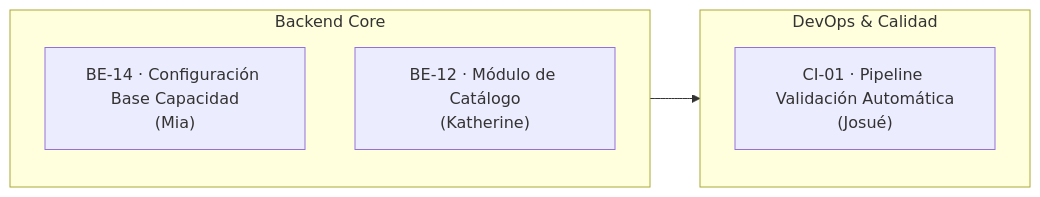
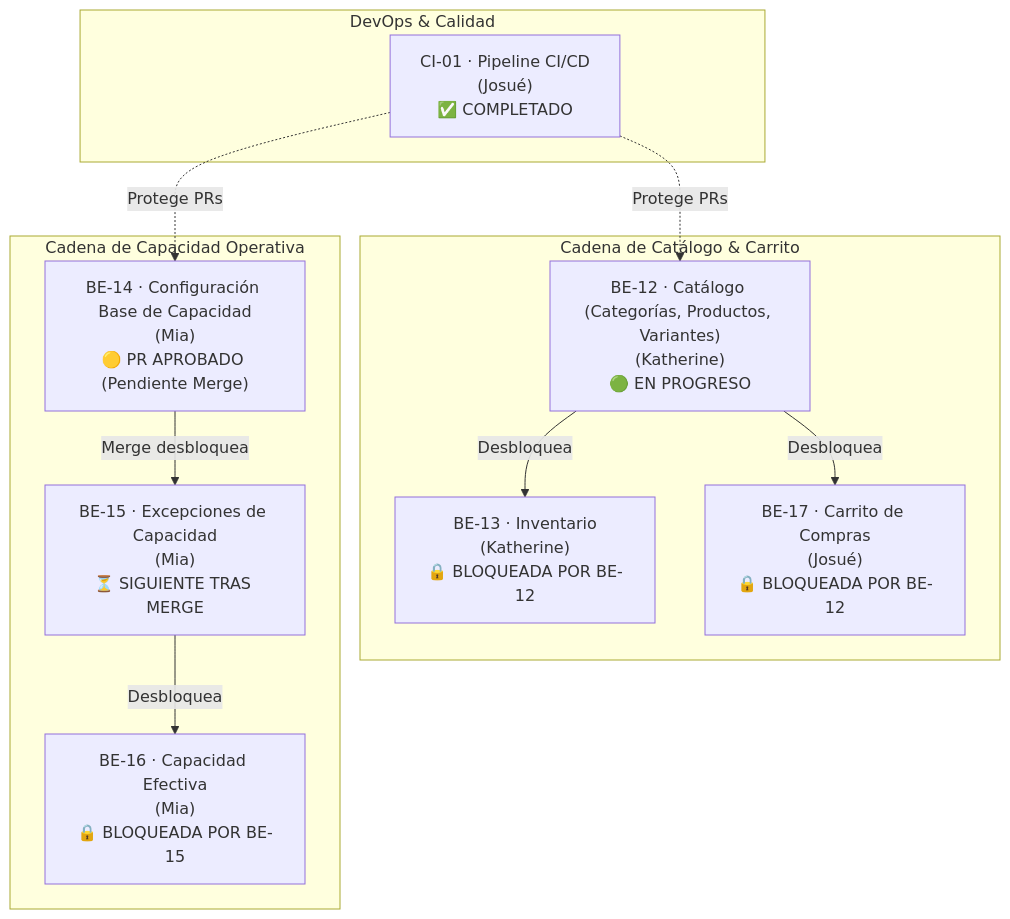
Before and after one commit to iJosueeh/jaldishop: the first of 2 diagrams in docs/06-scrum/sprint-03.md, drawn with Mermaid. The commit also changed other lines of this file and 1 other file, not shown here.

````diff
--- a/docs/06-scrum/sprint-03.md
+++ b/docs/06-scrum/sprint-03.md
@@ -27,13 +27,25 @@
 ```mermaid
-flowchart LR
-    subgraph BACKEND["Backend Core"]
-        T1["BE-14 · Configuración Base Capacidad<br/>(Mia)"]
-        T2["BE-12 · Módulo de Catálogo<br/>(Katherine)"]
+flowchart TD
+    subgraph CI["DevOps & Calidad"]
+        CI01["CI-01 · Pipeline CI/CD<br/>(Josué)<br/>✅ COMPLETADO"]
     end
 
-    subgraph DEVOPS["DevOps & Calidad"]
-        T3["CI-01 · Pipeline Validación Automática<br/>(Josué)"]
+    subgraph CATALOGO["Cadena de Catálogo & Carrito"]
+        BE12["BE-12 · Catálogo (Categorías, Productos, Variantes)<br/>(Katherine)<br/>🟢 EN PROGRESO"]
+        BE13["BE-13 · Inventario<br/>(Katherine)<br/>🔒 BLOQUEADA POR BE-12"]
+        BE17["BE-17 · Carrito de Compras<br/>(Josué)<br/>🔒 BLOQUEADA POR BE-12"]
+        BE12 -->|Desbloquea| BE13
+        BE12 -->|Desbloquea| BE17
     end
 
-    BACKEND --> DEVOPS
+    subgraph CAPACIDAD["Cadena de Capacidad Operativa"]
+        BE14["BE-14 · Configuración Base de Capacidad<br/>(Mia)<br/>🟡 PR APROBADO (Pendiente Merge)"]
+        BE15["BE-15 · Excepciones de Capacidad<br/>(Mia)<br/>⏳ SIGUIENTE TRAS MERGE"]
+        BE16["BE-16 · Capacidad Efectiva<br/>(Mia)<br/>🔒 BLOQUEADA POR BE-15"]
+        BE14 -->|Merge desbloquea| BE15
+        BE15 -->|Desbloquea| BE16
+    end
+
+    CI01 -. Protege PRs .-> BE12
+    CI01 -. Protege PRs .-> BE14
 ```
````
